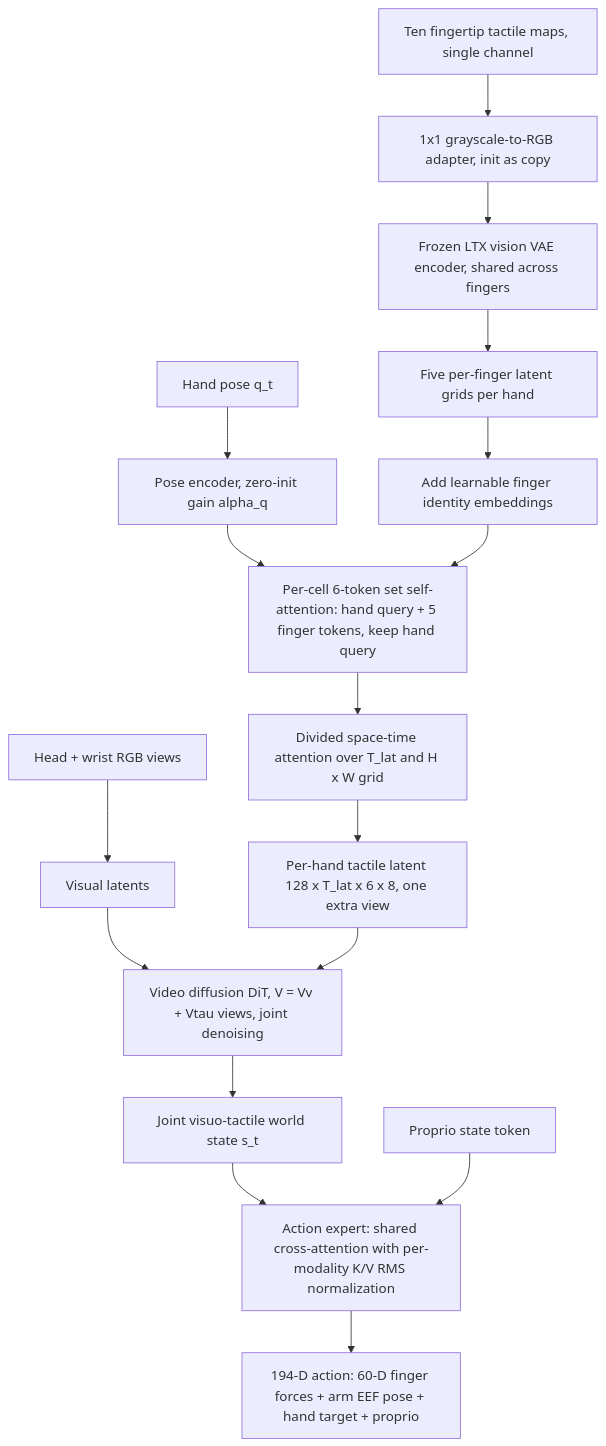
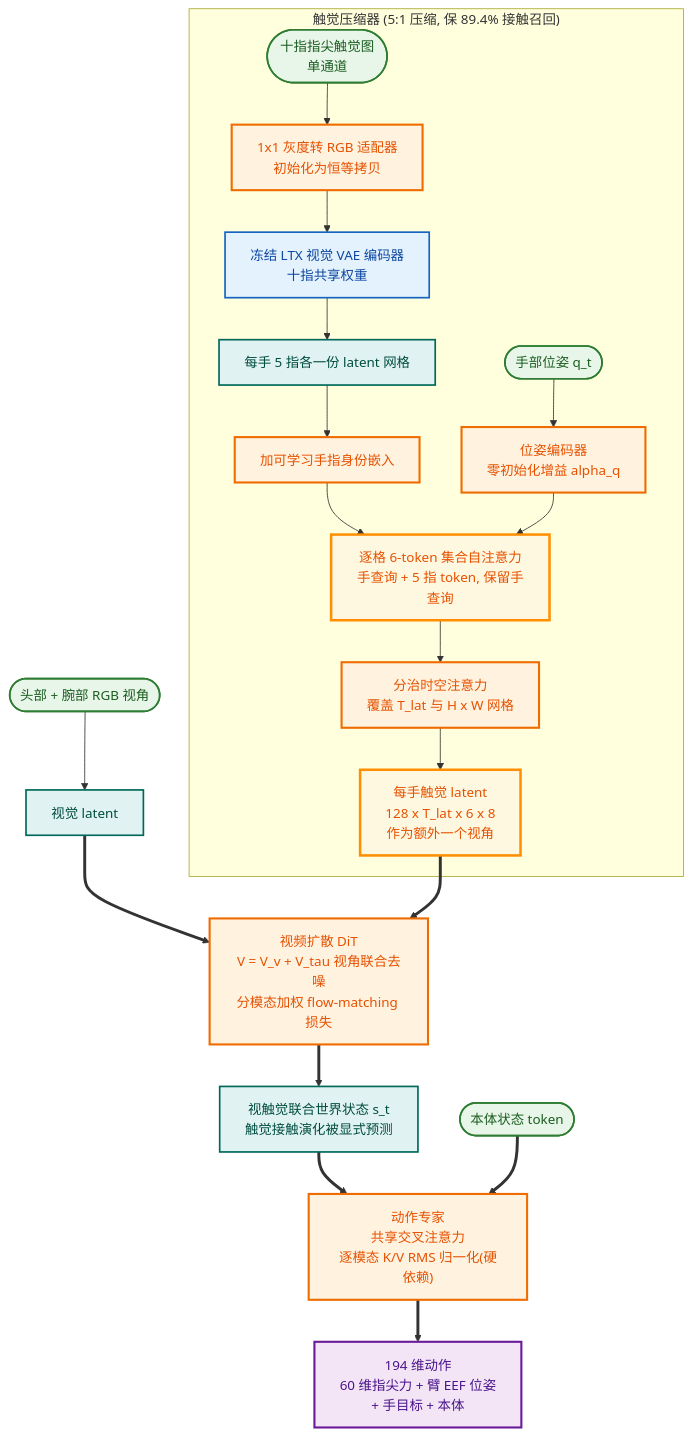
The diagram in notes/world-model/dextacwam.md (luohu-arch/physical_intelligence_study), drawn with Mermaid before and after one commit. The commit also changed 153 other files, not shown here.

````diff
--- a/notes/world-model/dextacwam.md
+++ b/notes/world-model/dextacwam.md
@@ -51,19 +51,47 @@
 ```mermaid
-graph TD
-    FING["Ten fingertip tactile maps, single channel"] --> ADAPT["1x1 grayscale-to-RGB adapter, init as copy"]
-    ADAPT --> VAE["Frozen LTX vision VAE encoder, shared across fingers"]
-    VAE --> FIV["Five per-finger latent grids per hand"]
-    FIV --> ADD["Add learnable finger identity embeddings"]
-    POSE["Hand pose q_t"] --> PE["Pose encoder, zero-init gain alpha_q"]
-    PE --> POOL["Per-cell 6-token set self-attention: hand query + 5 finger tokens, keep hand query"]
-    ADD --> POOL
-    POOL --> ST["Divided space-time attention over T_lat and H x W grid"]
-    ST --> TLAT["Per-hand tactile latent 128 x T_lat x 6 x 8, one extra view"]
-    VIS["Head + wrist RGB views"] --> LAT["Visual latents"]
-    LAT --> DIT["Video diffusion DiT, V = Vv + Vtau views, joint denoising"]
-    TLAT --> DIT
-    DIT --> S["Joint visuo-tactile world state s_t"]
-    S --> ACT["Action expert: shared cross-attention with per-modality K/V RMS normalization"]
-    PROP["Proprio state token"] --> ACT
-    ACT --> OUT["194-D action: 60-D finger forces + arm EEF pose + hand target + proprio"]
+%%{init: {
+  'theme':'base',
+  'themeVariables':{
+    'primaryColor':'#fafbfd','primaryBorderColor':'#4a5d7d','primaryTextColor':'#1f2937',
+    'fontFamily':'"PingFang SC","Hiragino Sans GB","Microsoft YaHei",sans-serif',
+    'fontSize':'14px','clusterBkg':'#fbfcfe','clusterBorder':'#b9c6d8','edgeLabelBackground':'#ffffff'
+  },
+  'flowchart':{'curve':'basis','nodeSpacing':26,'rankSpacing':42,'padding':10}
+}}%%
+flowchart TD
+    subgraph TACT["触觉压缩器 (5:1 压缩, 保 89.4% 接触召回)"]
+        FING(["十指指尖触觉图<br/>单通道"]) --> ADAPT["1x1 灰度转 RGB 适配器<br/>初始化为恒等拷贝"]
+        ADAPT --> VAE["冻结 LTX 视觉 VAE 编码器<br/>十指共享权重"]
+        VAE --> FIV["每手 5 指各一份 latent 网格"]
+        FIV --> ADD["加可学习手指身份嵌入"]
+        POSE(["手部位姿 q_t"]) --> PE["位姿编码器<br/>零初始化增益 alpha_q"]
+        ADD --> POOL["逐格 6-token 集合自注意力<br/>手查询 + 5 指 token, 保留手查询"]
+        PE --> POOL
+        POOL --> ST["分治时空注意力<br/>覆盖 T_lat 与 H x W 网格"]
+        ST --> TLAT["每手触觉 latent<br/>128 x T_lat x 6 x 8<br/>作为额外一个视角"]
+    end
+
+    VIS(["头部 + 腕部 RGB 视角"]) --> LAT["视觉 latent"]
+    LAT ==> DIT["视频扩散 DiT<br/>V = V_v + V_tau 视角联合去噪<br/>分模态加权 flow-matching 损失"]
+    TLAT ==> DIT
+    DIT ==> S["视触觉联合世界状态 s_t<br/>触觉接触演化被显式预测"]
+    S ==> ACT["动作专家<br/>共享交叉注意力<br/>逐模态 K/V RMS 归一化(硬依赖)"]
+    PROP(["本体状态 token"]) ==> ACT
+    ACT ==> OUT["194 维动作<br/>60 维指尖力 + 臂 EEF 位姿<br/>+ 手目标 + 本体"]
+
+    class FING,POSE,VIS,PROP data
+    class VAE frozen
+    class ADAPT,ADD,PE,ST,DIT,ACT train
+    class FIV,LAT,S env
+    class POOL,TLAT key
+    class OUT act
+    classDef data fill:#e8f5e9,stroke:#2e7d32,stroke-width:2px,color:#1b5e20
+    classDef frozen fill:#e3f2fd,stroke:#1565c0,stroke-width:2px,color:#0d47a1
+    classDef train fill:#fff3e0,stroke:#ef6c00,stroke-width:2.5px,color:#e65100
+    classDef loss fill:#ffebee,stroke:#c62828,stroke-width:2px,color:#b71c1c,stroke-dasharray:6 3
+    classDef act fill:#f3e5f5,stroke:#6a1b9a,stroke-width:2.5px,color:#4a148c
+    classDef key fill:#fff8e1,stroke:#ff8f00,stroke-width:3px,color:#e65100
+    classDef loop fill:#eceff1,stroke:#546e7a,stroke-width:1.5px,color:#37474f,stroke-dasharray:4 3
+    classDef env fill:#e0f2f1,stroke:#00695c,stroke-width:2px,color:#004d40
+    classDef reward fill:#fce4ec,stroke:#ad1457,stroke-width:2px,color:#880e4f
 ```
````
